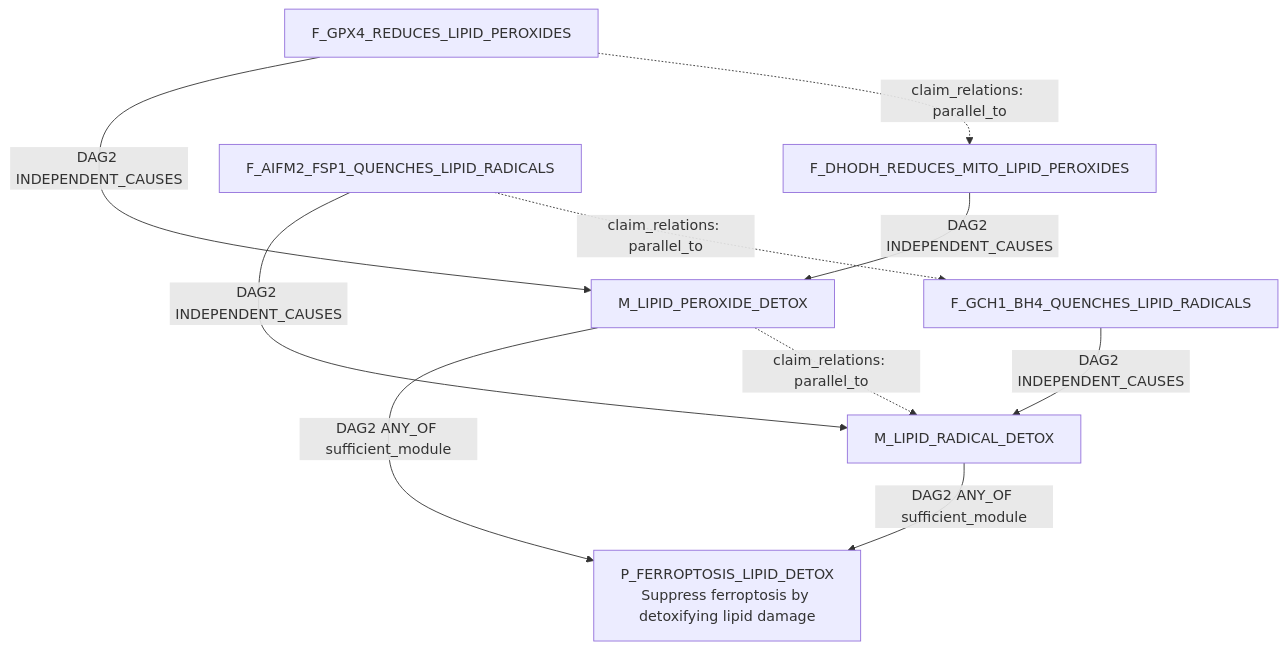
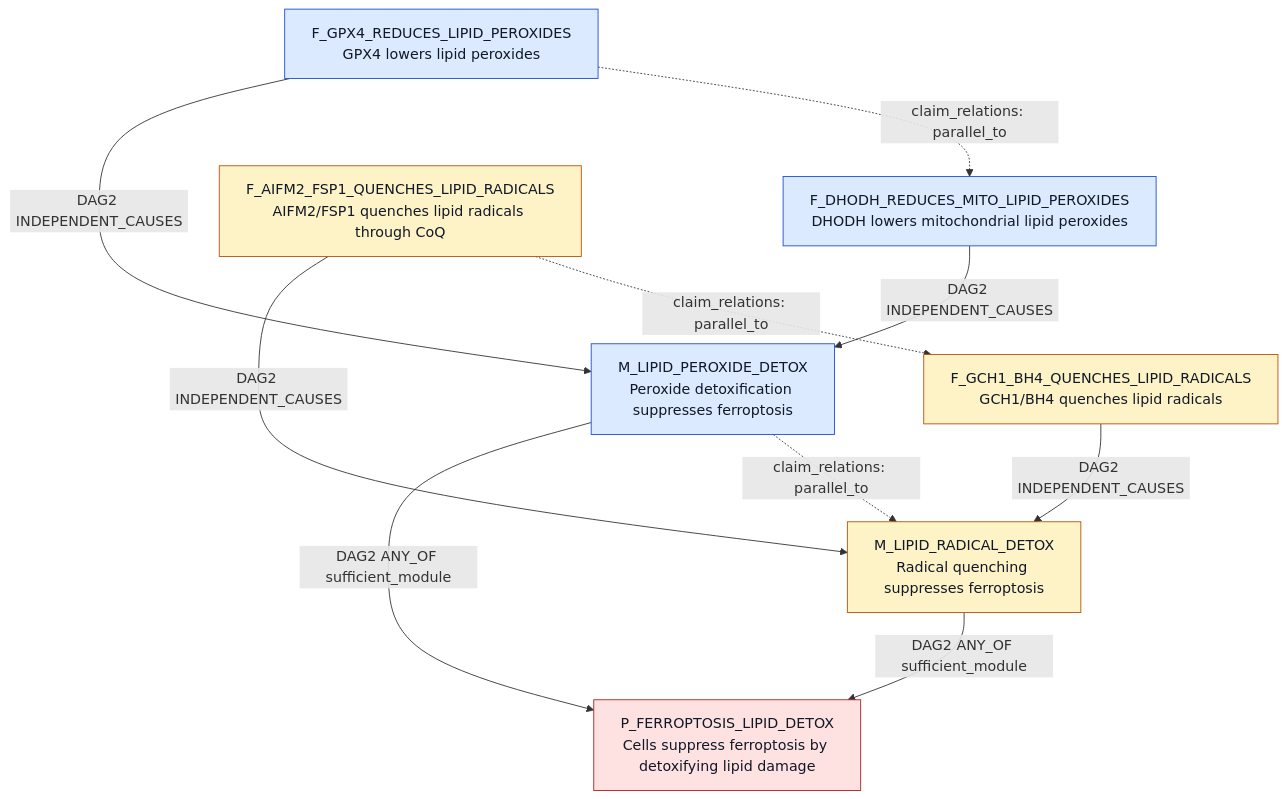
Before and after one commit to eliannaqk/bioKG: the fourth of 4 diagrams in FOCUSED_DAG2_CLAIM_RELATION_EXAMPLES_20260604.md, drawn with Mermaid. The commit also changed other lines of this file, not shown here.

````diff
--- a/FOCUSED_DAG2_CLAIM_RELATION_EXAMPLES_20260604.md
+++ b/FOCUSED_DAG2_CLAIM_RELATION_EXAMPLES_20260604.md
@@ -411,21 +497,28 @@
 ```mermaid
 flowchart TD
-  P["P_FERROPTOSIS_LIPID_DETOX<br/>Suppress ferroptosis by detoxifying lipid damage"]
-  PEROX["M_LIPID_PEROXIDE_DETOX"]
-  RAD["M_LIPID_RADICAL_DETOX"]
-  GPX4["F_GPX4_REDUCES_LIPID_PEROXIDES"]
-  DHODH["F_DHODH_REDUCES_MITO_LIPID_PEROXIDES"]
-  FSP1["F_AIFM2_FSP1_QUENCHES_LIPID_RADICALS"]
-  GCH1["F_GCH1_BH4_QUENCHES_LIPID_RADICALS"]
+  P["P_FERROPTOSIS_LIPID_DETOX<br/>Cells suppress ferroptosis by detoxifying lipid damage"]
+  PEROX["M_LIPID_PEROXIDE_DETOX<br/>Peroxide detoxification suppresses ferroptosis"]
+  RAD["M_LIPID_RADICAL_DETOX<br/>Radical quenching suppresses ferroptosis"]
+  GPX4["F_GPX4_REDUCES_LIPID_PEROXIDES<br/>GPX4 lowers lipid peroxides"]
+  DHODH["F_DHODH_REDUCES_MITO_LIPID_PEROXIDES<br/>DHODH lowers mitochondrial lipid peroxides"]
+  FSP1["F_AIFM2_FSP1_QUENCHES_LIPID_RADICALS<br/>AIFM2/FSP1 quenches lipid radicals through CoQ"]
+  GCH1["F_GCH1_BH4_QUENCHES_LIPID_RADICALS<br/>GCH1/BH4 quenches lipid radicals"]
 
   PEROX -- "DAG2 ANY_OF sufficient_module" --> P
   RAD -- "DAG2 ANY_OF sufficient_module" --> P
   GPX4 -- "DAG2 INDEPENDENT_CAUSES" --> PEROX
   DHODH -- "DAG2 INDEPENDENT_CAUSES" --> PEROX
   FSP1 -- "DAG2 INDEPENDENT_CAUSES" --> RAD
   GCH1 -- "DAG2 INDEPENDENT_CAUSES" --> RAD
 
   PEROX -. "claim_relations: parallel_to" .-> RAD
   GPX4 -. "claim_relations: parallel_to" .-> DHODH
   FSP1 -. "claim_relations: parallel_to" .-> GCH1
+
+  classDef parent fill:#fee2e2,stroke:#b91c1c,color:#111827;
+  classDef peroxide fill:#dbeafe,stroke:#1d4ed8,color:#111827;
+  classDef radical fill:#fef3c7,stroke:#b45309,color:#111827;
+  class P parent;
+  class PEROX,GPX4,DHODH peroxide;
+  class RAD,FSP1,GCH1 radical;
 ```
````
